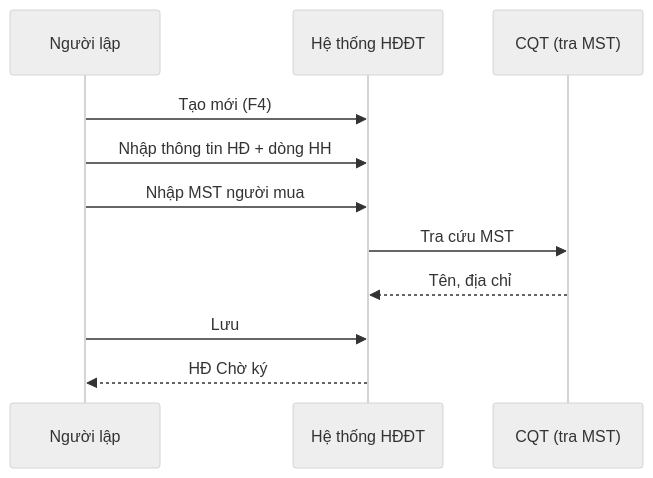
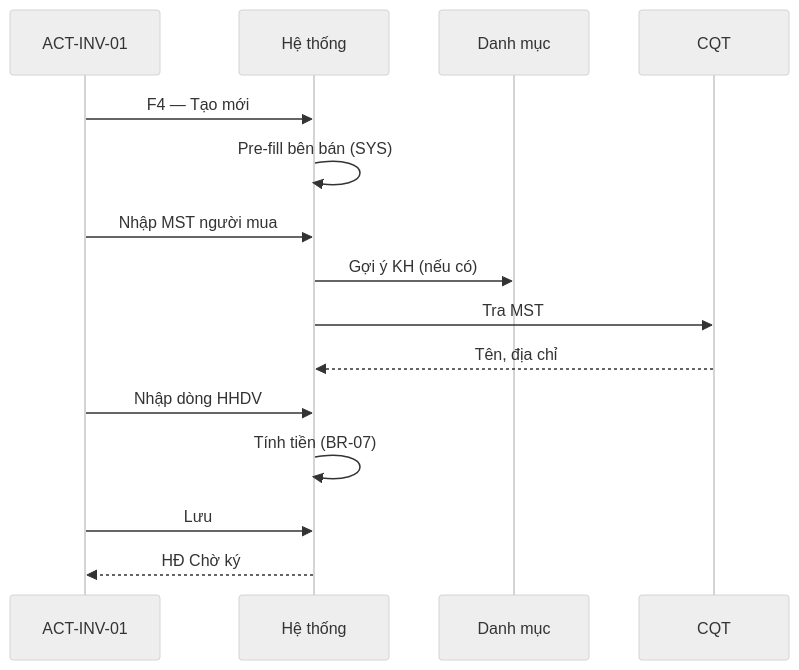
One commit to hoangnh2412/minipower-sample changed the diagram in docs/03-modules/invoice/DOC-05-use-cases.md. Above: the diagram before and after it, drawn with Mermaid (neutral theme). The commit also changed other lines of this file and 10 other files, not shown here.

````diff
--- a/docs/03-modules/invoice/DOC-05-use-cases.md
+++ b/docs/03-modules/invoice/DOC-05-use-cases.md
@@ -79,14 +124,18 @@
 ```mermaid
 sequenceDiagram
-    participant U as Người lập
-    participant INV as Hệ thống HĐĐT
-    participant CQT as CQT (tra MST)
+    participant U as ACT-INV-01
+    participant INV as Hệ thống
+    participant CAT as Danh mục
+    participant CQT as CQT
 
-    U->>INV: Tạo mới (F4)
-    U->>INV: Nhập thông tin HĐ + dòng HH
+    U->>INV: F4 — Tạo mới
+    INV->>INV: Pre-fill bên bán (SYS)
     U->>INV: Nhập MST người mua
-    INV->>CQT: Tra cứu MST
+    INV->>CAT: Gợi ý KH (nếu có)
+    INV->>CQT: Tra MST
     CQT-->>INV: Tên, địa chỉ
+    U->>INV: Nhập dòng HHDV
+    INV->>INV: Tính tiền (BR-07)
     U->>INV: Lưu
     INV-->>U: HĐ Chờ ký
 ```
````
